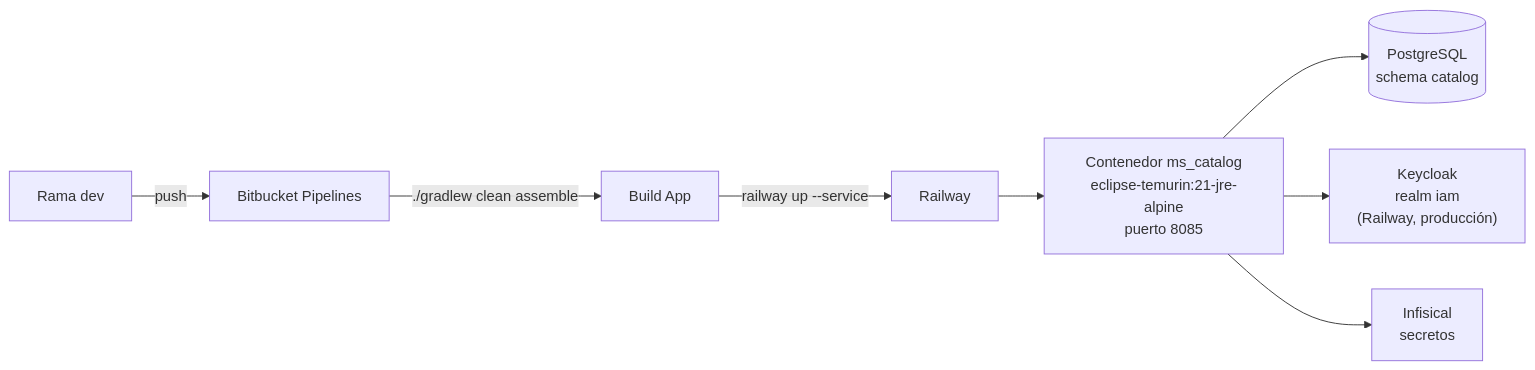
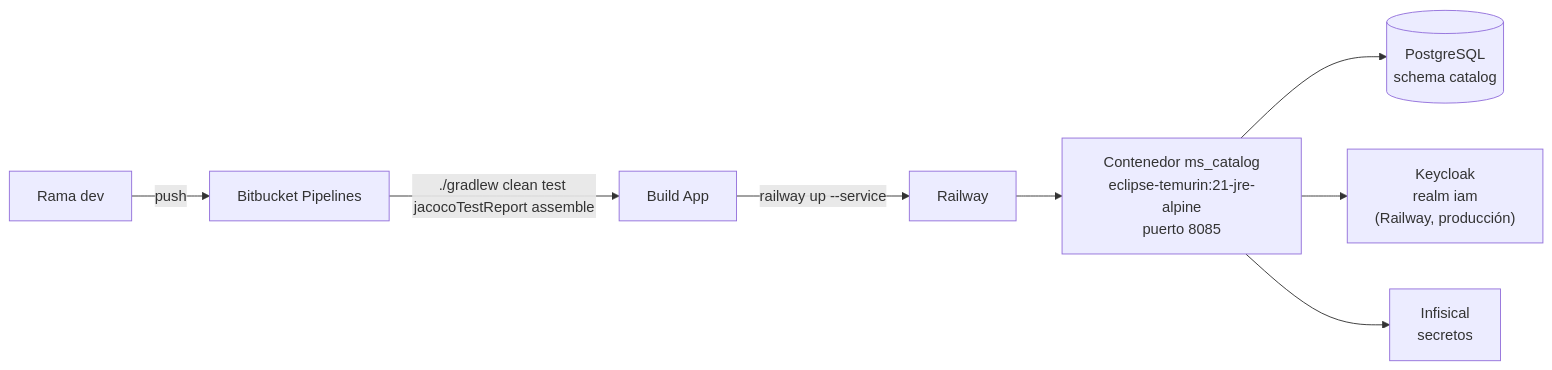
Before and after one commit to jdtovar07/MSPI_NVA_CO_DOCS: the diagram in Documentacion-Backend/ms_catalog/06-Implementacion-Despliegue.md, drawn with Mermaid. The commit also changed other lines of this file and 20 other files, not shown here.

````diff
--- a/Documentacion-Backend/ms_catalog/06-Implementacion-Despliegue.md
+++ b/Documentacion-Backend/ms_catalog/06-Implementacion-Despliegue.md
@@ -103,10 +103,10 @@
 ```mermaid
 flowchart LR
   Dev[Rama dev] -->|push| BB[Bitbucket Pipelines]
-  BB -->|"./gradlew clean assemble"| Build[Build App]
+  BB -->|"./gradlew clean test jacocoTestReport assemble"| Build[Build App]
   Build -->|"railway up --service"| RW[Railway]
   RW --> Container["Contenedor ms_catalog<br/>eclipse-temurin:21-jre-alpine<br/>puerto 8085"]
   Container --> PG[(PostgreSQL<br/>schema catalog)]
   Container --> KC["Keycloak<br/>realm iam<br/>(Railway, producción)"]
   Container --> INF[Infisical<br/>secretos]
 ```
````
